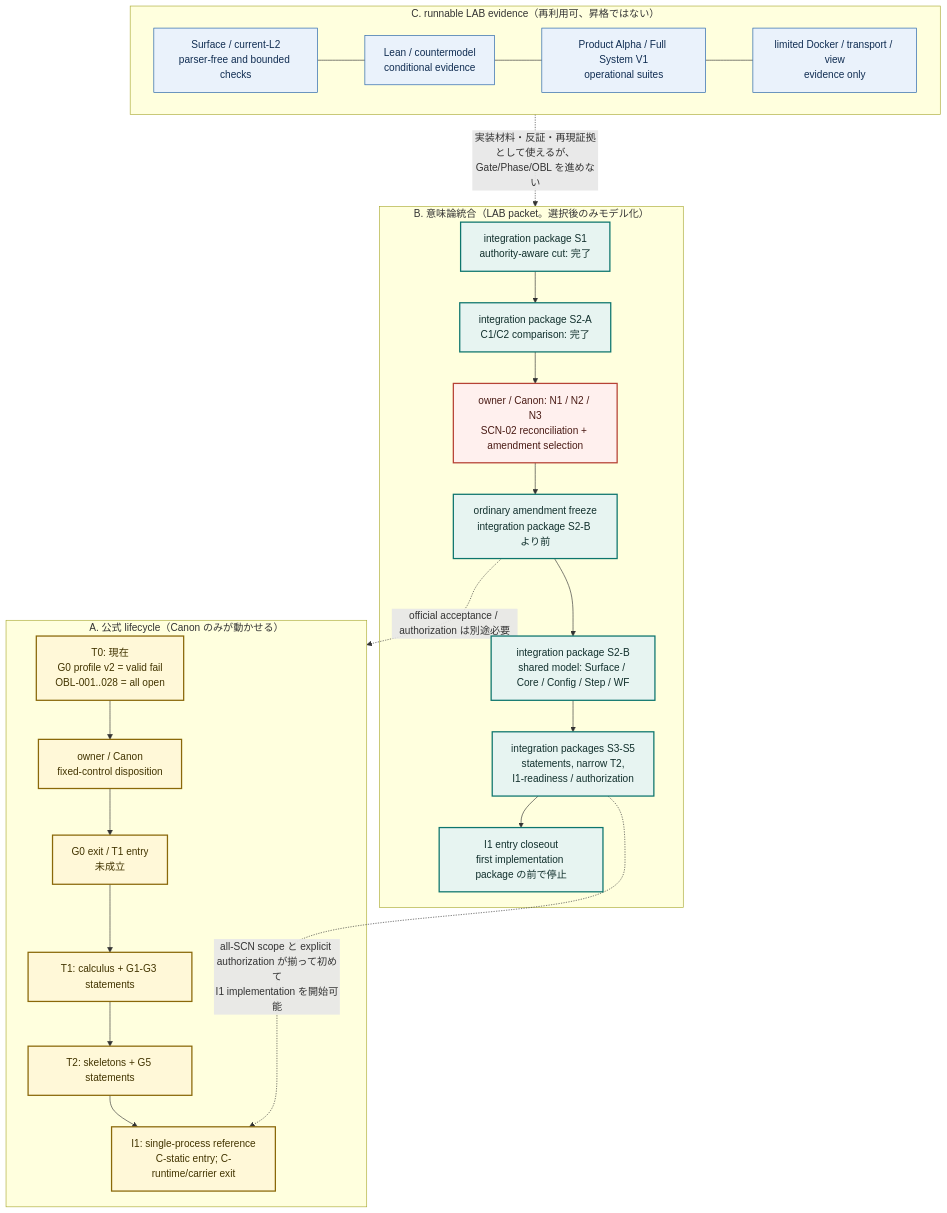
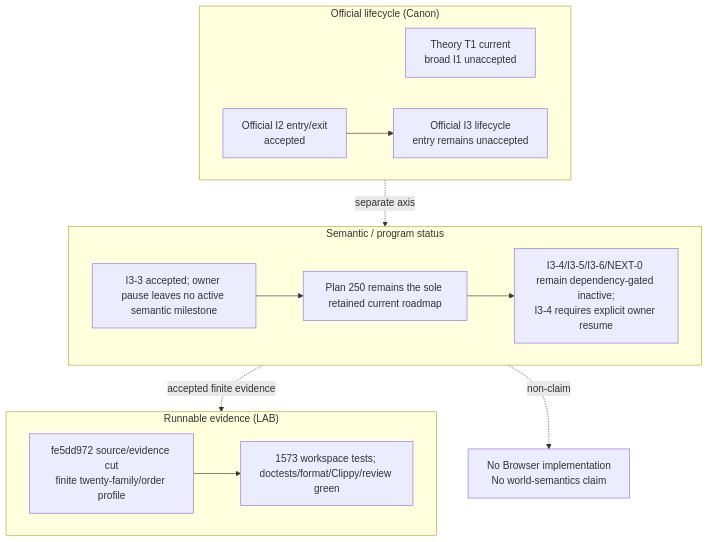
One commit to yukatayu/mir_poc_01 changed the diagram in docs/diagrams/project-overview-current-state.mmd. Above: the diagram before and after it, drawn with Mermaid. The commit also changed 29 other files, not shown here.

```diff
--- a/docs/diagrams/project-overview-current-state.mmd
+++ b/docs/diagrams/project-overview-current-state.mmd
@@ -1,47 +1,28 @@
-%% Title: Mir / Mirrorea current state — three independent lanes
-%% Description: Current status map. Canon lifecycle, goal-first semantic integration, and bounded runnable LAB evidence are independent lanes. Official Canon lifecycle is T0 and OBL-001 through OBL-028 are all open. The map does not claim phase entry, conformance, proof discharge, or production readiness.
+%% Title: Mir / Mirrorea current state — independent lifecycle, semantic, and evidence lanes
+%% Description: Current accepted I3-3 cut and owner pause. S, PL, lifecycle, and runnable evidence remain separate; no Browser or world-semantics implementation claim follows.
+%% I3-3 accepted; owner pause leaves no active semantic milestone
+%% Plan 250 remains the sole retained current roadmap
+%% I3-4/I3-5/I3-6/NEXT-0 remain dependency-gated inactive; I3-4 requires explicit owner resume
+%% official I3 lifecycle entry remains unaccepted
 flowchart TB
-  accTitle: Mir / Mirrorea current state — three independent lanes
-  accDescr: Official Canon lifecycle is T0, stopped at valid fail, and has OBL-001 through OBL-028 all open. Goal-first semantic integration completed integration package S2-A but waits for owner/Canon reconciliation and selection before a shared model. Runnable LAB evidence is reusable but does not advance the other two lanes.
-
-  subgraph Official["A. 公式 lifecycle（Canon のみが動かせる）"]
-    T0["T0: 現在\nG0 profile v2 = valid fail\nOBL-001..028 = all open"]
-    O0["owner / Canon\nfixed-control disposition"]
-    G0["G0 exit / T1 entry\n未成立"]
-    T1["T1: calculus + G1-G3 statements"]
-    T2["T2: skeletons + G5 statements"]
-    I1["I1: single-process reference\nC-static entry; C-runtime/carrier exit"]
-    T0 --> O0 --> G0 --> T1 --> T2 --> I1
+  subgraph Official["Official lifecycle (Canon)"]
+    T1["Theory T1 current\nbroad I1 unaccepted"]
+    I2["Official I2 entry/exit\naccepted"]
+    I3["Official I3 lifecycle\nentry remains unaccepted"]
+    I2 --> I3
   end
-
-  subgraph Semantic["B. 意味論統合（LAB packet。選択後のみモデル化）"]
-    S1["integration package S1\nauthority-aware cut: 完了"]
-    S2A["integration package S2-A\nC1/C2 comparison: 完了"]
-    N["owner / Canon: N1 / N2 / N3\nSCN-02 reconciliation + amendment selection"]
-    Freeze["ordinary amendment freeze\nintegration package S2-B より前"]
-    S2B["integration package S2-B\nshared model: Surface / Core / Config / Step / WF"]
-    S3["integration packages S3-S5\nstatements, narrow T2,\nI1-readiness / authorization"]
-    Stop["I1 entry closeout\nfirst implementation package の前で停止"]
-    S1 --> S2A --> N --> Freeze --> S2B --> S3 --> Stop
+  subgraph Semantic["Semantic / program status"]
+    A["I3-3 accepted; owner pause leaves no active semantic milestone"]
+    R["Plan 250 remains the sole retained current roadmap"]
+    N["I3-4/I3-5/I3-6/NEXT-0 remain dependency-gated inactive;\nI3-4 requires explicit owner resume"]
+    A --> R --> N
   end
-
-  subgraph Evidence["C. runnable LAB evidence（再利用可、昇格ではない）"]
-    L1["Surface / current-L2\nparser-free and bounded checks"]
-    L2["Lean / countermodel\nconditional evidence"]
-    L3["Product Alpha / Full System V1\noperational suites"]
-    L4["limited Docker / transport / view\nevidence only"]
-    L1 --- L2 --- L3 --- L4
+  subgraph Evidence["Runnable evidence (LAB)"]
+    E["fe5dd972 source/evidence cut\nfinite twenty-family/order profile"]
+    E2["1573 workspace tests; doctests/format/Clippy/review green"]
+    E --> E2
   end
-
-  Evidence -. "実装材料・反証・再現証拠\nとして使えるが、Gate/Phase/OBL を進めない" .-> Semantic
-  Freeze -. "official acceptance / authorization は別途必要" .-> Official
-  S3 -. "all-SCN scope と explicit authorization が揃って初めて\nI1 implementation を開始可能" .-> I1
-
-  classDef official fill:#fff8d8,stroke:#8a6809,color:#423400,stroke-width:2px
-  classDef semantic fill:#e7f4f1,stroke:#0d756d,color:#12302d,stroke-width:2px
-  classDef decision fill:#fff0ee,stroke:#b64235,color:#4a1b15,stroke-width:2px
-  classDef evidence fill:#eaf2fb,stroke:#1c5ca5,color:#102d52
-  class T0,O0,G0,T1,T2,I1 official
-  class S1,S2A,Freeze,S2B,S3,Stop semantic
-  class N decision
-  class L1,L2,L3,L4 evidence
+  Official -. "separate axis" .-> Semantic
+  Semantic -. "accepted finite evidence" .-> Evidence
+  X["No Browser implementation\nNo world-semantics claim"]
+  Semantic -. "non-claim" .-> X
```
